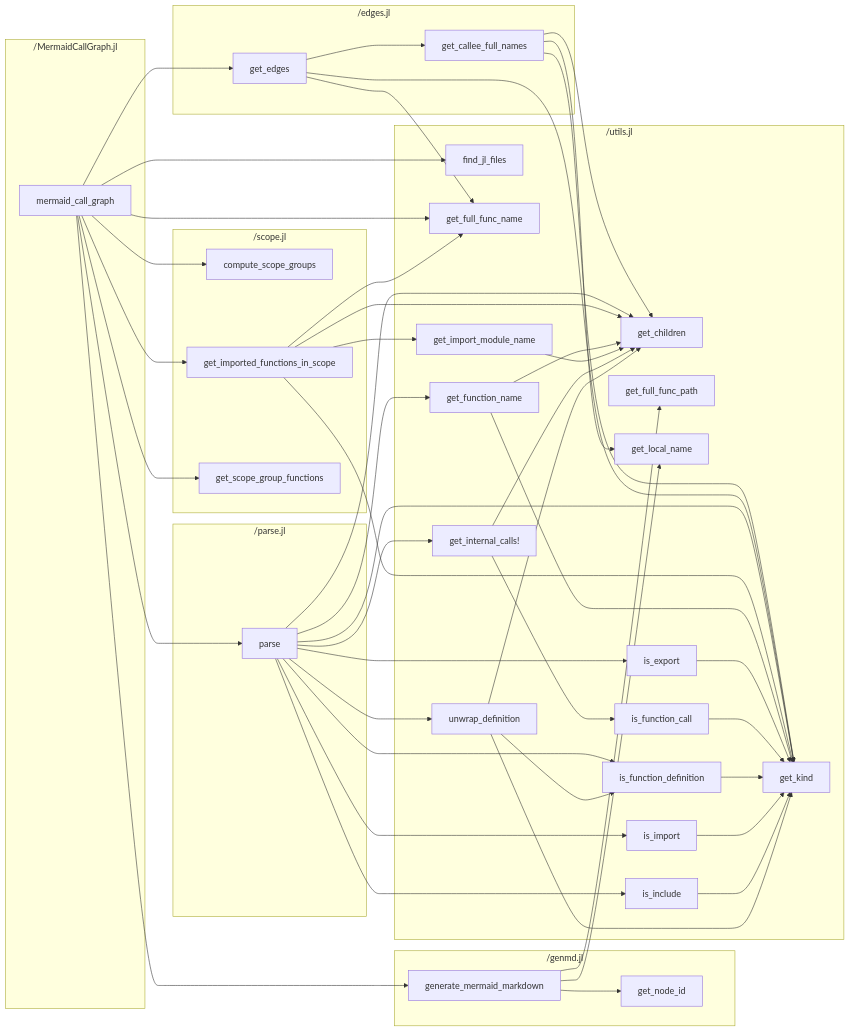
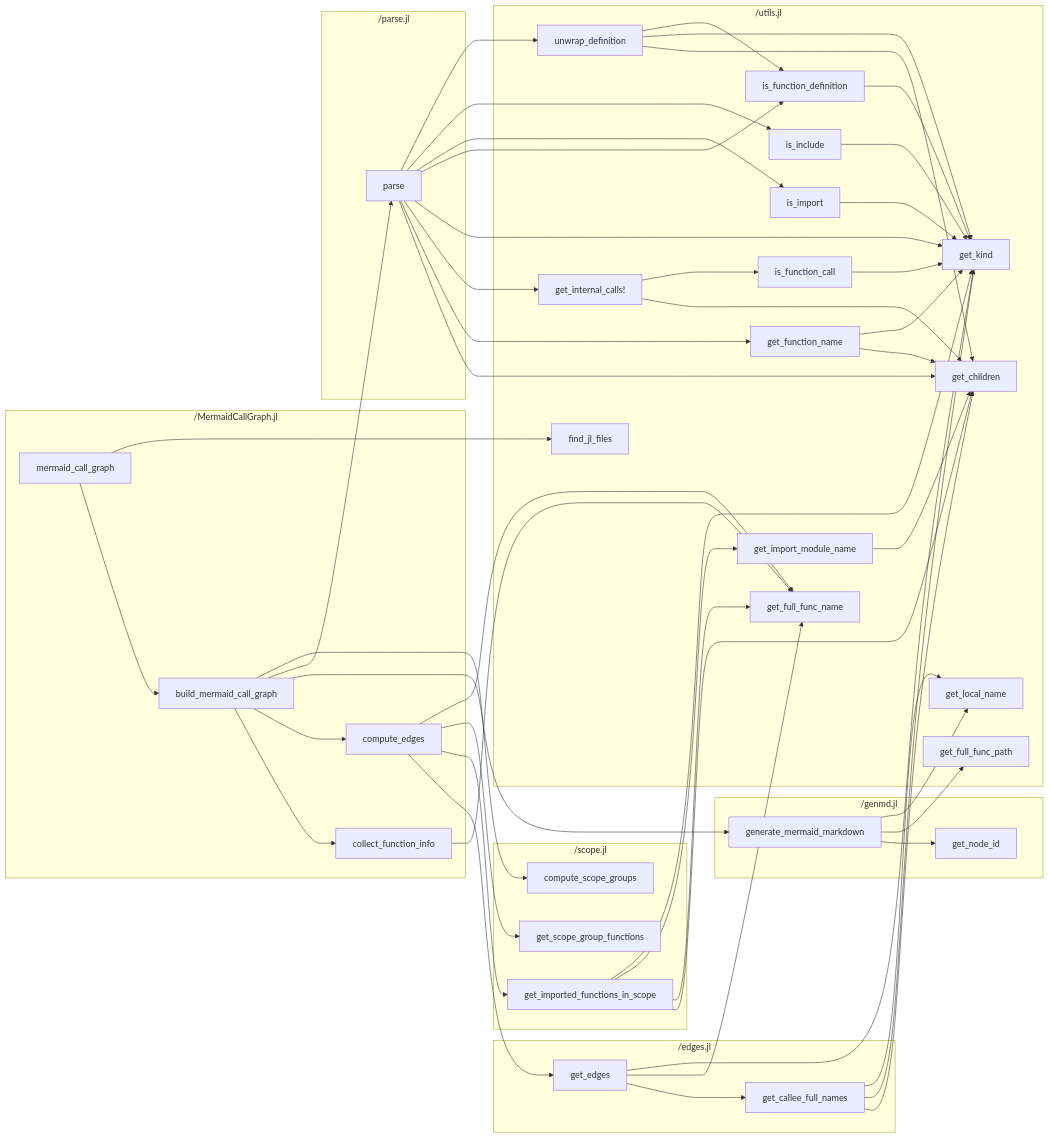
One commit to t-garin/MermaidCallGraph.jl changed the diagram in README.md. Above: the diagram before and after it, drawn with Mermaid. The commit also changed other lines of this file and 6 other files, not shown here.

````diff
--- a/README.md
+++ b/README.md
@@ -13,6 +13,9 @@
 ```mermaid
 flowchart LR
     subgraph "/MermaidCallGraph.jl"
+        _MermaidCallGraph_jl_build_mermaid_call_graph["build_mermaid_call_graph"]
+        _MermaidCallGraph_jl_collect_function_info["collect_function_info"]
+        _MermaidCallGraph_jl_compute_edges["compute_edges"]
         _MermaidCallGraph_jl_mermaid_call_graph["mermaid_call_graph"]
     end
     subgraph "/edges.jl"
@@ -41,21 +44,24 @@
         _utils_jl_get_internal_calls_["get_internal_calls!"]
         _utils_jl_get_kind["get_kind"]
         _utils_jl_get_local_name["get_local_name"]
-        _utils_jl_is_export["is_export"]
         _utils_jl_is_function_call["is_function_call"]
         _utils_jl_is_function_definition["is_function_definition"]
         _utils_jl_is_import["is_import"]
         _utils_jl_is_include["is_include"]
         _utils_jl_unwrap_definition["unwrap_definition"]
     end
-    _MermaidCallGraph_jl_mermaid_call_graph --> _edges_jl_get_edges
-    _MermaidCallGraph_jl_mermaid_call_graph --> _genmd_jl_generate_mermaid_markdown
-    _MermaidCallGraph_jl_mermaid_call_graph --> _parse_jl_parse
-    _MermaidCallGraph_jl_mermaid_call_graph --> _scope_jl_compute_scope_groups
-    _MermaidCallGraph_jl_mermaid_call_graph --> _scope_jl_get_imported_functions_in_scope
-    _MermaidCallGraph_jl_mermaid_call_graph --> _scope_jl_get_scope_group_functions
+    _MermaidCallGraph_jl_build_mermaid_call_graph --> _MermaidCallGraph_jl_collect_function_info
+    _MermaidCallGraph_jl_build_mermaid_call_graph --> _MermaidCallGraph_jl_compute_edges
+    _MermaidCallGraph_jl_build_mermaid_call_graph --> _genmd_jl_generate_mermaid_markdown
+    _MermaidCallGraph_jl_build_mermaid_call_graph --> _parse_jl_parse
+    _MermaidCallGraph_jl_build_mermaid_call_graph --> _scope_jl_compute_scope_groups
+    _MermaidCallGraph_jl_collect_function_info --> _utils_jl_get_full_func_name
+    _MermaidCallGraph_jl_compute_edges --> _edges_jl_get_edges
+    _MermaidCallGraph_jl_compute_edges --> _scope_jl_get_imported_functions_in_scope
+    _MermaidCallGraph_jl_compute_edges --> _scope_jl_get_scope_group_functions
+    _MermaidCallGraph_jl_compute_edges --> _utils_jl_get_full_func_name
+    _MermaidCallGraph_jl_mermaid_call_graph --> _MermaidCallGraph_jl_build_mermaid_call_graph
     _MermaidCallGraph_jl_mermaid_call_graph --> _utils_jl_find_jl_files
-    _MermaidCallGraph_jl_mermaid_call_graph --> _utils_jl_get_full_func_name
     _edges_jl_get_callee_full_names --> _utils_jl_get_children
     _edges_jl_get_callee_full_names --> _utils_jl_get_kind
     _edges_jl_get_callee_full_names --> _utils_jl_get_local_name
@@ -69,7 +75,6 @@
     _parse_jl_parse --> _utils_jl_get_function_name
     _parse_jl_parse --> _utils_jl_get_internal_calls_
     _parse_jl_parse --> _utils_jl_get_kind
-    _parse_jl_parse --> _utils_jl_is_export
     _parse_jl_parse --> _utils_jl_is_function_definition
     _parse_jl_parse --> _utils_jl_is_import
     _parse_jl_parse --> _utils_jl_is_include
@@ -83,7 +88,6 @@
     _utils_jl_get_import_module_name --> _utils_jl_get_children
     _utils_jl_get_internal_calls_ --> _utils_jl_get_children
     _utils_jl_get_internal_calls_ --> _utils_jl_is_function_call
-    _utils_jl_is_export --> _utils_jl_get_kind
     _utils_jl_is_function_call --> _utils_jl_get_kind
     _utils_jl_is_function_definition --> _utils_jl_get_kind
     _utils_jl_is_import --> _utils_jl_get_kind
````
